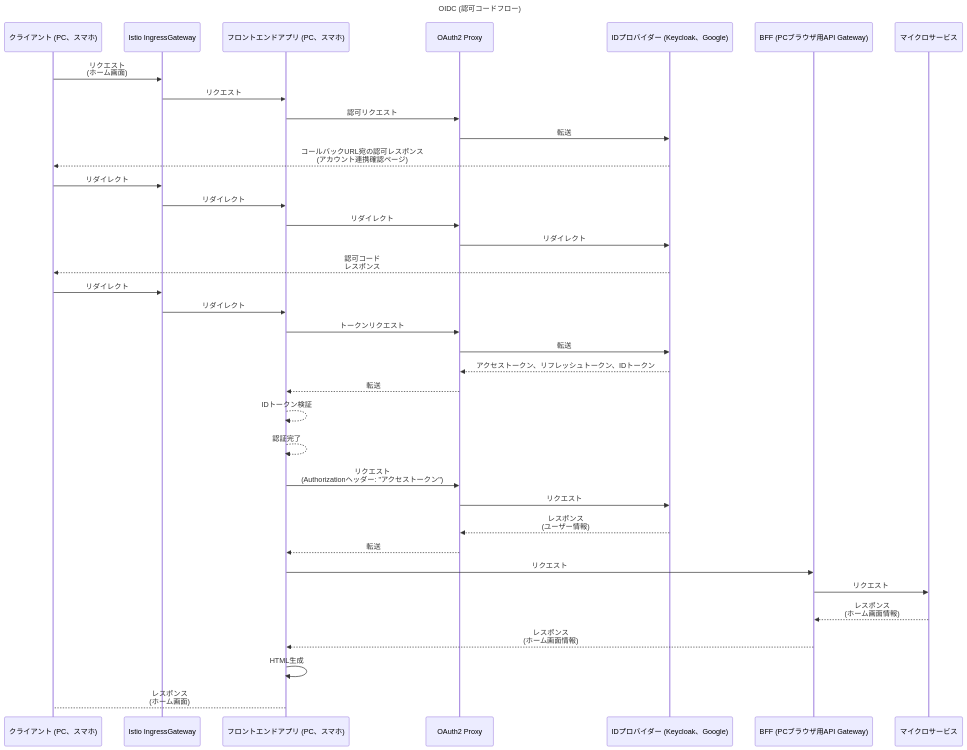
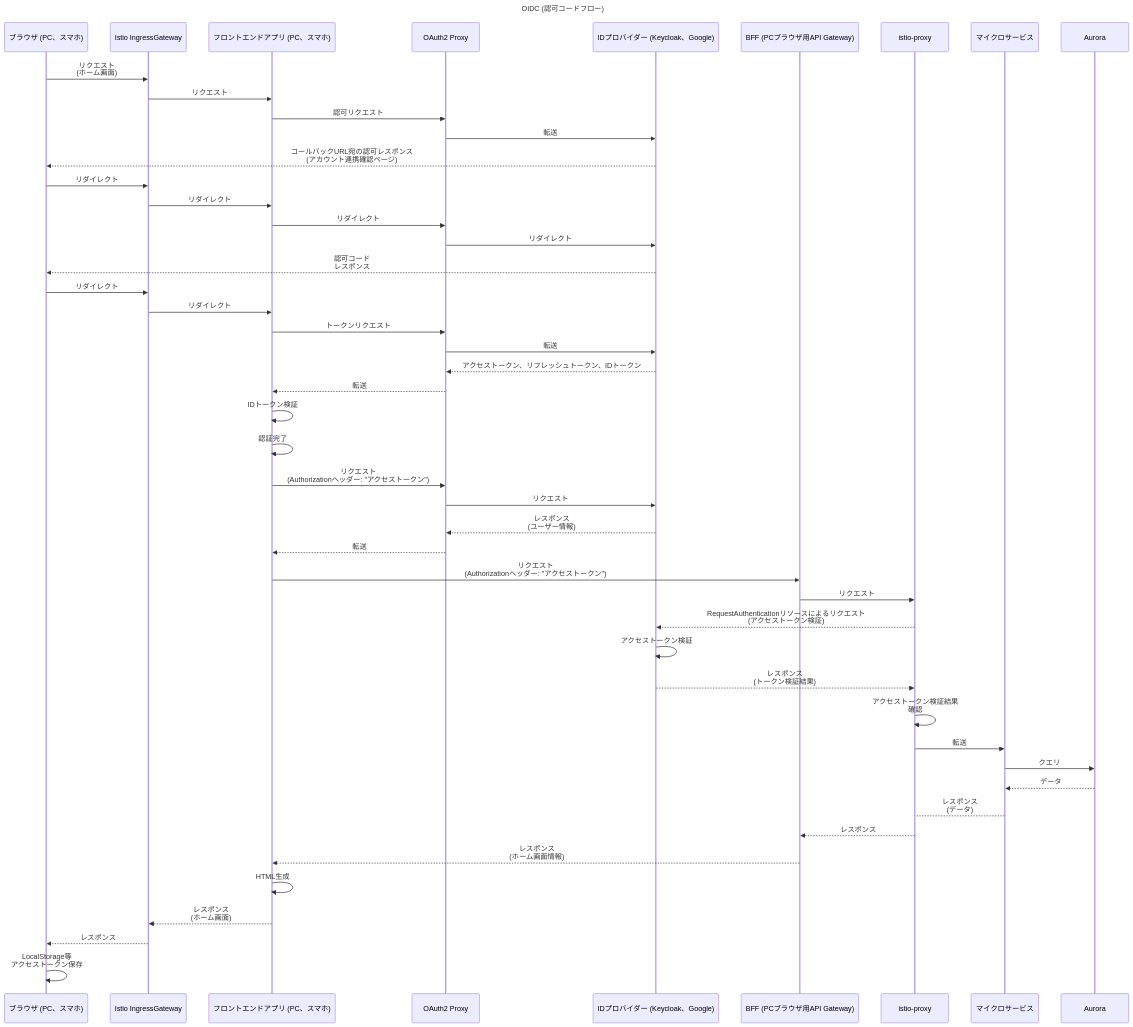
One commit to hiroki-it/hatenablog changed the diagram in dist/draft/【Kubernetes☸️】CNCFとAWSを組み合わせたマイクロサービスアーキテクチャ設計の考察.md. Above: the diagram before and after it, drawn with Mermaid.

Commit message:
update 記事を更新した。

````diff
--- a/dist/draft/【Kubernetes☸️】CNCFとAWSを組み合わせたマイクロサービスアーキテクチャ設計の考察.md
+++ b/dist/draft/【Kubernetes☸️】CNCFとAWSを組み合わせたマイクロサービスアーキテクチャ設計の考察.md
@@ -66,37 +66,81 @@
 ```mermaid
 ---
 title: OIDC (認可コードフロー)
 ---
 sequenceDiagram
-    クライアント (PC、スマホ) ->> Istio IngressGateway: リクエスト<br>(ホーム画面)
+    ブラウザ (PC、スマホ) ->> Istio IngressGateway: リクエスト<br>(ホーム画面)
+
     Istio IngressGateway ->> フロントエンドアプリ (PC、スマホ) : リクエスト
+
     フロントエンドアプリ (PC、スマホ) ->> OAuth2 Proxy: 認可リクエスト
+
     OAuth2 Proxy ->> IDプロバイダー (Keycloak、Google) : 転送
-    IDプロバイダー (Keycloak、Google) -->> クライアント (PC、スマホ) : コールバックURL宛の認可レスポンス<br>(アカウント連携確認ページ)
 
-    クライアント (PC、スマホ) ->> Istio IngressGateway: リダイレクト
+    IDプロバイダー (Keycloak、Google) -->> ブラウザ (PC、スマホ) : コールバックURL宛の認可レスポンス<br>(アカウント連携確認ページ)
+
+    ブラウザ (PC、スマホ) ->> Istio IngressGateway: リダイレクト
+
     Istio IngressGateway ->> フロントエンドアプリ (PC、スマホ) : リダイレクト
+
     フロントエンドアプリ (PC、スマホ) ->> OAuth2 Proxy: リダイレクト
+
     OAuth2 Proxy ->> IDプロバイダー (Keycloak、Google) : リダイレクト
-    IDプロバイダー (Keycloak、Google) -->> クライアント (PC、スマホ) : 認可コード<br>レスポンス
 
-    クライアント (PC、スマホ) ->> Istio IngressGateway: リダイレクト
+    IDプロバイダー (Keycloak、Google) -->> ブラウザ (PC、スマホ) : 認可コード<br>レスポンス
+
+    ブラウザ (PC、スマホ) ->> Istio IngressGateway: リダイレクト
+
     Istio IngressGateway ->> フロントエンドアプリ (PC、スマホ) : リダイレクト
+
     フロントエンドアプリ (PC、スマホ) ->> OAuth2 Proxy: トークンリクエスト
+
     OAuth2 Proxy ->> IDプロバイダー (Keycloak、Google) : 転送
 
     IDプロバイダー (Keycloak、Google) -->> OAuth2 Proxy : アクセストークン、リフレッシュトークン、IDトークン
+
     OAuth2 Proxy -->> フロントエンドアプリ (PC、スマホ) : 転送
-    フロントエンドアプリ (PC、スマホ) -->> フロントエンドアプリ (PC、スマホ) : IDトークン検証
-    フロントエンドアプリ (PC、スマホ) -->> フロントエンドアプリ (PC、スマホ) : 認証完了
+
+    フロントエンドアプリ (PC、スマホ) ->> フロントエンドアプリ (PC、スマホ) : IDトークン検証
+
+    フロントエンドアプリ (PC、スマホ) ->> フロントエンドアプリ (PC、スマホ) : 認証完了
+
     フロントエンドアプリ (PC、スマホ) ->> OAuth2 Proxy: リクエスト<br>(Authorizationヘッダー: "アクセストークン")
+
     OAuth2 Proxy ->> IDプロバイダー (Keycloak、Google) : リクエスト
+
     IDプロバイダー (Keycloak、Google) -->> OAuth2 Proxy : レスポンス<br>(ユーザー情報)
+
     OAuth2 Proxy -->> フロントエンドアプリ (PC、スマホ) : 転送
-    フロントエンドアプリ (PC、スマホ) ->> BFF (PCブラウザ用API Gateway): リクエスト
-    BFF (PCブラウザ用API Gateway) ->> マイクロサービス : リクエスト
-    マイクロサービス -->> BFF (PCブラウザ用API Gateway) : レスポンス<br>(ホーム画面情報)
+
+    フロントエンドアプリ (PC、スマホ) ->> BFF (PCブラウザ用API Gateway): リクエスト<br>(Authorizationヘッダー: "アクセストークン")
+
+    BFF (PCブラウザ用API Gateway) ->> istio-proxy : リクエスト
+
+    istio-proxy -->> IDプロバイダー (Keycloak、Google) : RequestAuthenticationリソースによるリクエスト<br>(アクセストークン検証)
+
+    IDプロバイダー (Keycloak、Google) ->> IDプロバイダー (Keycloak、Google) : アクセストークン検証
+
+    IDプロバイダー (Keycloak、Google) -->> istio-proxy : レスポンス<br>(トークン検証結果)
+
+    istio-proxy ->> istio-proxy : アクセストークン検証結果<br>確認
+
+    istio-proxy ->> マイクロサービス : 転送
+
+    マイクロサービス ->> Aurora : クエリ
+
+    Aurora -->> マイクロサービス : データ
+
+    マイクロサービス --> istio-proxy: レスポンス<br>(データ)
+
+    istio-proxy -->> BFF (PCブラウザ用API Gateway) : レスポンス
+
     BFF (PCブラウザ用API Gateway) -->> フロントエンドアプリ (PC、スマホ) : レスポンス<br>(ホーム画面情報)
+
     フロントエンドアプリ (PC、スマホ) ->> フロントエンドアプリ (PC、スマホ) : HTML生成
-    フロントエンドアプリ (PC、スマホ) --> クライアント (PC、スマホ): レスポンス<br>(ホーム画面)
+
+    フロントエンドアプリ (PC、スマホ) -->> Istio IngressGateway: レスポンス<br>(ホーム画面)
+
+    Istio IngressGateway -->> ブラウザ (PC、スマホ): レスポンス
+
+    ブラウザ (PC、スマホ) ->> ブラウザ (PC、スマホ) : LocalStorage等<br>アクセストークン保存
 ```
````
